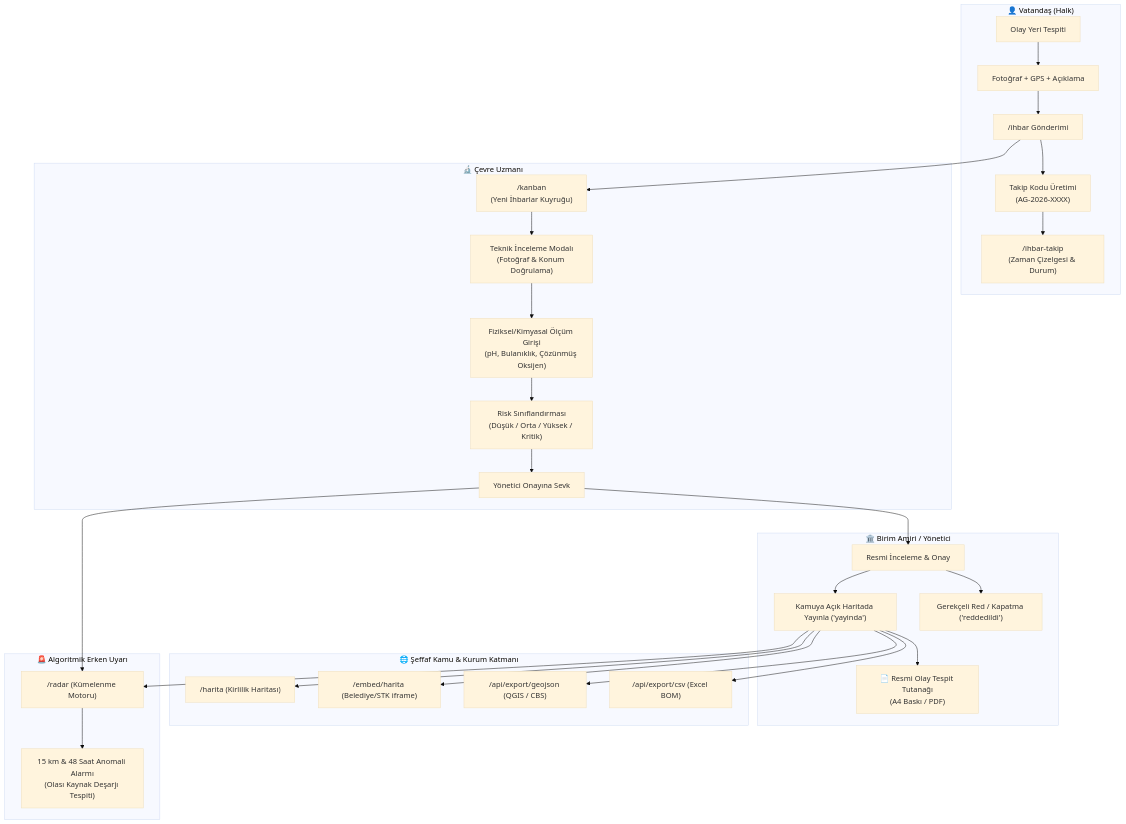
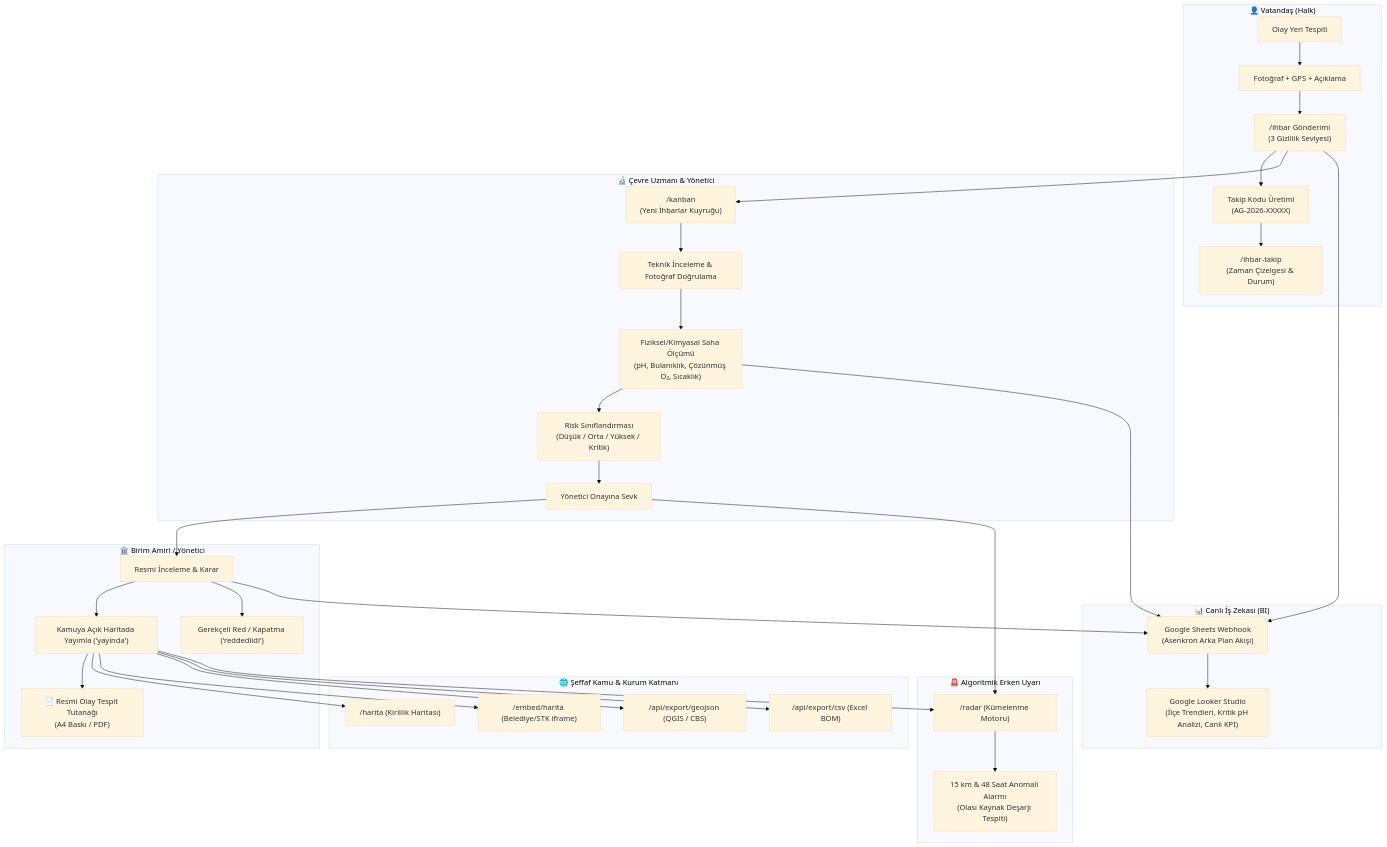
The diagram in README.md (meryemgcl/aquaguard-app), drawn with Mermaid (base theme) before and after one commit. The commit also changed other lines of this file, not shown here.

````diff
--- a/README.md
+++ b/README.md
@@ -20,36 +21,41 @@
 ```mermaid
 flowchart TD
     subgraph Vatandas["👤 Vatandaş (Halk)"]
         A["Olay Yeri Tespiti"] --> B["Fotoğraf + GPS + Açıklama"]
-        B --> C["/ihbar Gönderimi"]
-        C --> D["Takip Kodu Üretimi\n(AG-2026-XXXX)"]
+        B --> C["/ihbar Gönderimi\n(3 Gizlilik Seviyesi)"]
+        C --> D["Takip Kodu Üretimi\n(AG-2026-XXXXX)"]
         D --> E["/ihbar-takip\n(Zaman Çizelgesi & Durum)"]
     end
 
-    subgraph Uzman["🔬 Çevre Uzmanı"]
+    subgraph Uzman["🔬 Çevre Uzmanı & Yönetici"]
         C --> F["/kanban\n(Yeni İhbarlar Kuyruğu)"]
-        F --> G["Teknik İnceleme Modalı\n(Fotoğraf & Konum Doğrulama)"]
-        G --> H["Fiziksel/Kimyasal Ölçüm Girişi\n(pH, Bulanıklık, Çözünmüş Oksijen)"]
+        F --> G["Teknik İnceleme & Fotoğraf Doğrulama"]
+        G --> H["Fiziksel/Kimyasal Saha Ölçümü\n(pH, Bulanıklık, Çözünmüş O₂, Sıcaklık)"]
         H --> I["Risk Sınıflandırması\n(Düşük / Orta / Yüksek / Kritik)"]
         I --> J["Yönetici Onayına Sevk"]
     end
 
     subgraph Yonetici["🏛️ Birim Amiri / Yönetici"]
-        J --> K["Resmi İnceleme & Onay"]
-        K --> L["Kamuya Açık Haritada Yayınla ('yayinda')"]
+        J --> K["Resmi İnceleme & Karar"]
+        K --> L["Kamuya Açık Haritada Yayımla ('yayinda')"]
         K --> M["Gerekçeli Red / Kapatma ('reddedildi')"]
         L --> N["📄 Resmi Olay Tespit Tutanağı\n(A4 Baskı / PDF)"]
     end
 
+    subgraph CanliBI["📊 Canlı İş Zekası (BI)"]
+        C & H & K --> O["Google Sheets Webhook\n(Asenkron Arka Plan Akışı)"]
+        O --> P["Google Looker Studio\n(İlçe Trendleri, Kritik pH Analizi, Canlı KPI)"]
+    end
+
     subgraph Kamu["🌐 Şeffaf Kamu & Kurum Katmanı"]
-        L --> O["/harita (Kirlilik Haritası)"]
-        L --> P["/embed/harita (Belediye/STK iframe)"]
-        L --> Q["/api/export/geojson (QGIS / CBS)"]
-        L --> R["/api/export/csv (Excel BOM)"]
+        L --> Q["/harita (Kirlilik Haritası)"]
+        L --> R["/embed/harita (Belediye/STK iframe)"]
+        L --> S["/api/export/geojson (QGIS / CBS)"]
+        L --> T["/api/export/csv (Excel BOM)"]
     end
 
     subgraph Radar["🚨 Algoritmik Erken Uyarı"]
-        L & J --> S["/radar (Kümelenme Motoru)"]
-        S --> T["15 km & 48 Saat Anomali Alarmı\n(Olası Kaynak Deşarjı Tespiti)"]
+        L & J --> U["/radar (Kümelenme Motoru)"]
+        U --> V["15 km & 48 Saat Anomali Alarmı\n(Olası Kaynak Deşarjı Tespiti)"]
     end
 ```
````
